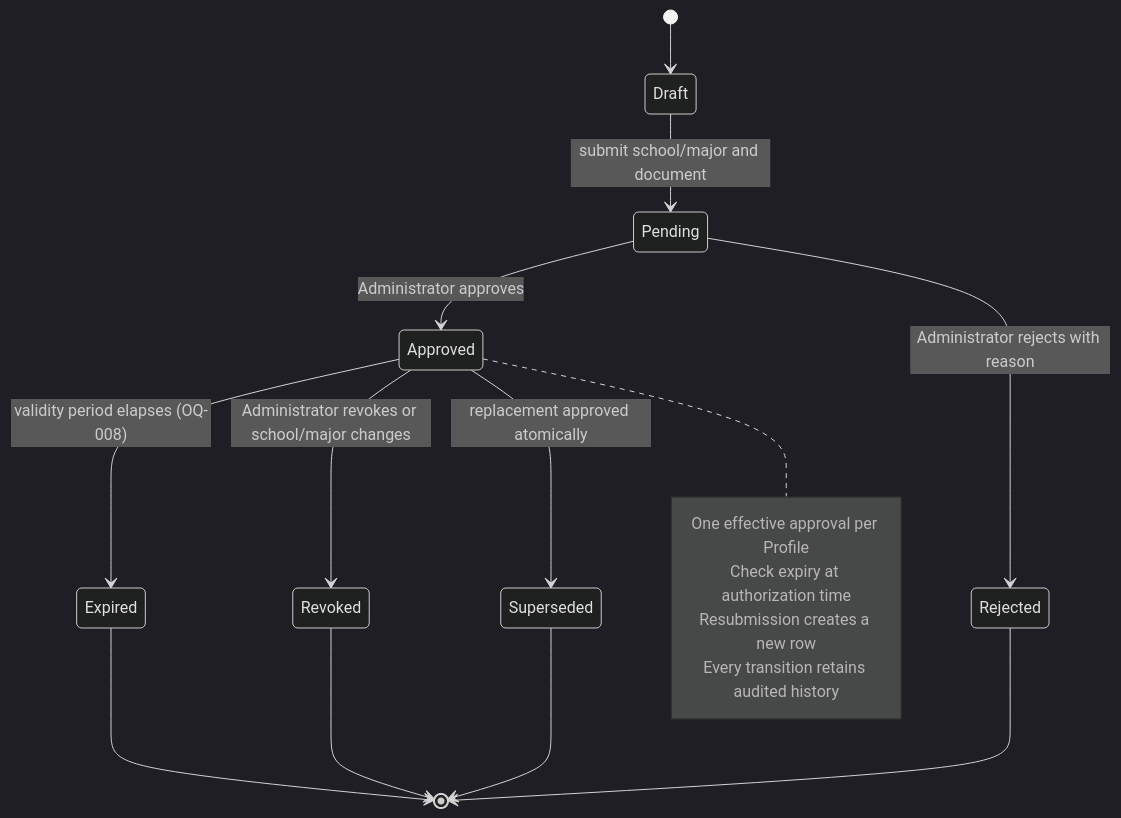
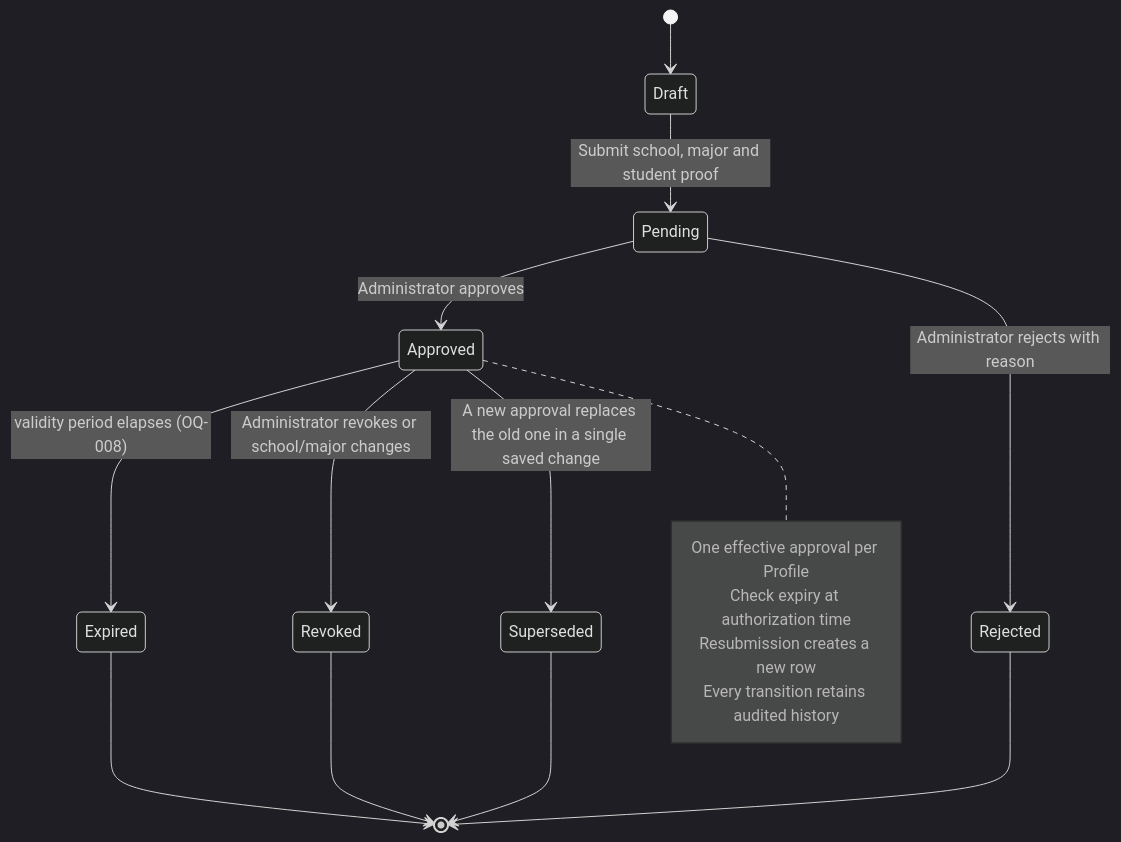
One commit to trankien022/SkillSwap changed the first of 5 diagrams in docs/plans/SkillSwap-SRS.md. Above: the diagram before and after it, drawn with Mermaid (dark theme). The commit also changed other lines of this file and 4 other files, not shown here.

````diff
--- a/docs/plans/SkillSwap-SRS.md
+++ b/docs/plans/SkillSwap-SRS.md
@@ -292,20 +294,20 @@
 ```mermaid
 stateDiagram-v2
   [*] --> Draft
-  Draft --> Pending : submit school/major and document
+  Draft --> Pending : Submit school, major and student proof
   Pending --> Approved : Administrator approves
   Pending --> Rejected : Administrator rejects with reason
   Approved --> Expired : validity period elapses (OQ-008)
   Approved --> Revoked : Administrator revokes or school/major changes
-  Approved --> Superseded : replacement approved atomically
+  Approved --> Superseded : A new approval replaces the old one in a single saved change
   Rejected --> [*]
   Expired --> [*]
   Revoked --> [*]
   Superseded --> [*]
   note right of Approved
     One effective approval per Profile
     Check expiry at authorization time
     Resubmission creates a new row
     Every transition retains audited history
   end note
 ```
````
